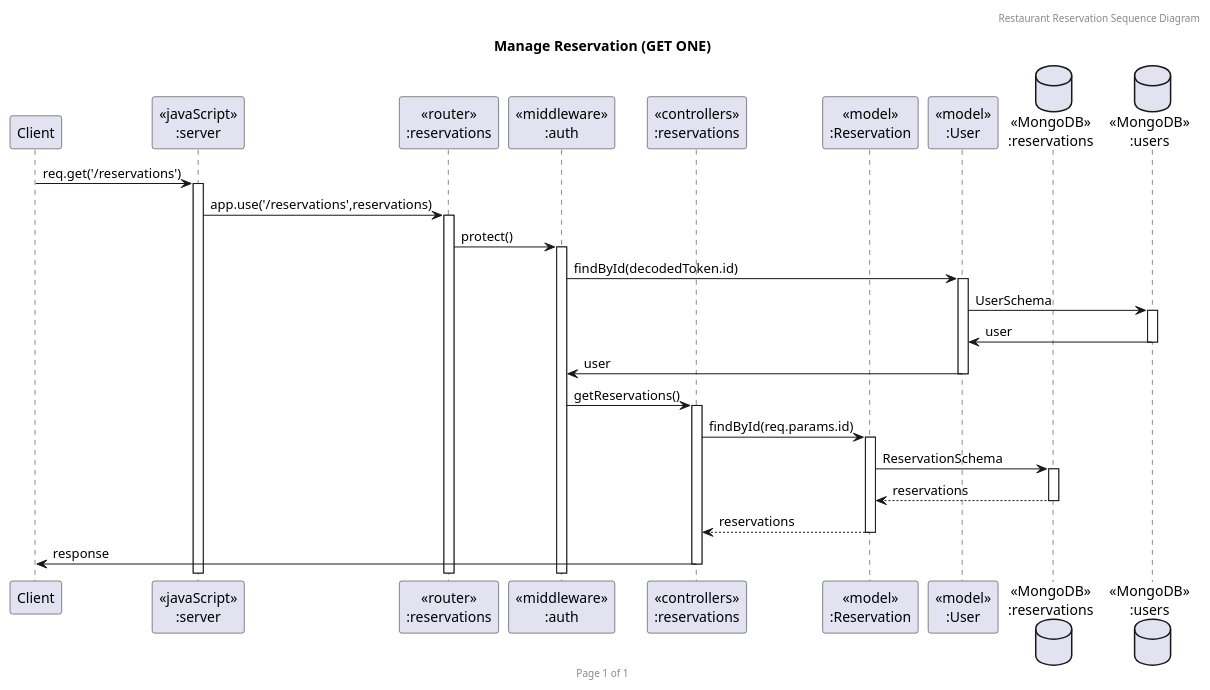
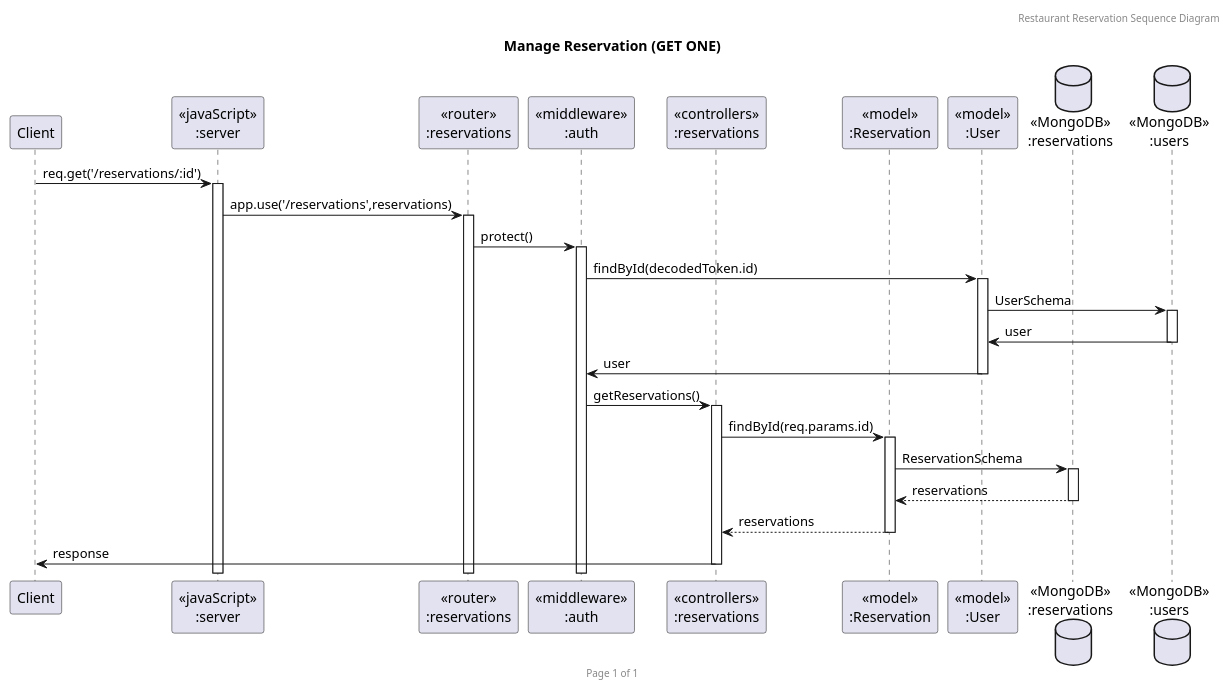
The diagram in doc/sequence-diagrams/reservation/get-reservation.puml (Prince-in-the-wood/sw-dev-term-project), drawn with PlantUML before and after one commit. The commit also changed 1 other file, not shown here.

Commit message:
docs: Fix request in diagram

```diff
--- a/doc/sequence-diagrams/reservation/get-reservation.puml
+++ b/doc/sequence-diagrams/reservation/get-reservation.puml
@@ -1,32 +1,32 @@
 @startuml Manage Reservation (GET ALL)
 
 header Restaurant Reservation Sequence Diagram
 footer Page %page% of %lastpage%
 title "Manage Reservation (GET ONE)"
 
 participant "Client" as client
 participant "<<javaScript>>\n:server" as server
 participant "<<router>>\n:reservations" as routerReservations
 participant "<<middleware>>\n:auth" as middlewareAuth
 participant "<<controllers>>\n:reservations" as controllersReservations
 participant "<<model>>\n:Reservation" as modelReservation
 participant "<<model>>\n:User" as modelUser
 database "<<MongoDB>>\n:reservations" as ReservationsDatabase
 database "<<MongoDB>>\n:users" as UsersDatabase
 
 ' GET ONE
-client->server ++:req.get('/reservations')
+client->server ++:req.get('/reservations/:id')
 server->routerReservations ++:app.use('/reservations',reservations)
 routerReservations -> middlewareAuth ++:protect()
 middlewareAuth -> modelUser ++:findById(decodedToken.id)
 modelUser -> UsersDatabase ++:UserSchema
 UsersDatabase -> modelUser --:user
 modelUser -> middlewareAuth --:user
 middlewareAuth -> controllersReservations ++:getReservations()
 controllersReservations -> modelReservation ++:findById(req.params.id)
 modelReservation ->ReservationsDatabase ++: ReservationSchema
 ReservationsDatabase --> modelReservation --: reservations
 controllersReservations <-- modelReservation --:reservations
 controllersReservations->client --:response
 
 @enduml
```
